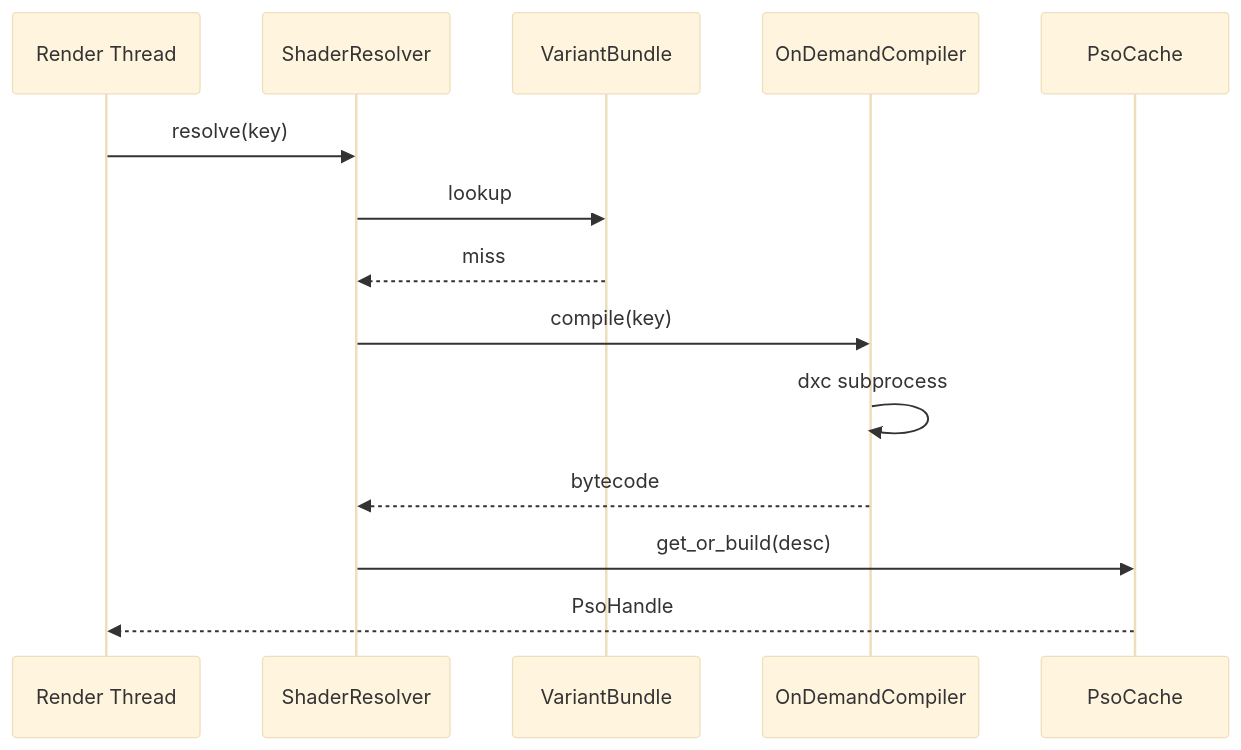
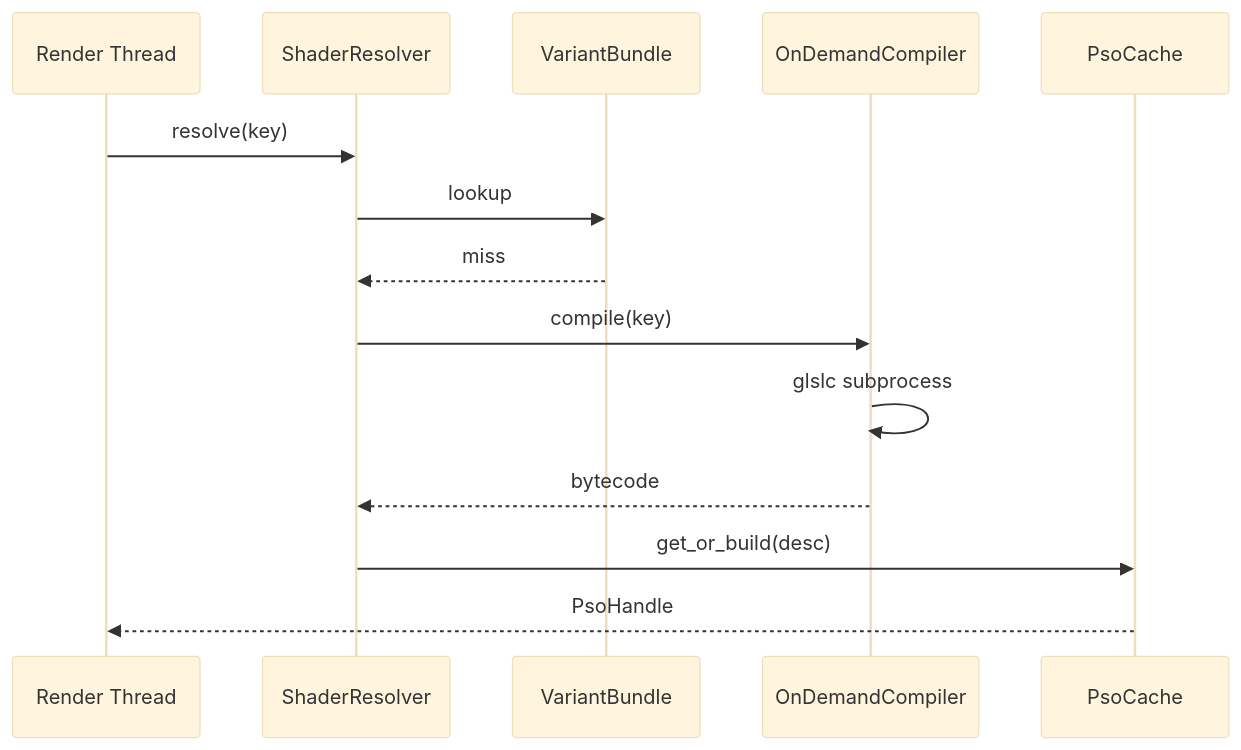
Before and after one commit to harmonius-dev/harmonius: the third of 3 diagrams in docs/design/rendering/shader-variants.md, drawn with Mermaid (base theme). The commit also changed other lines of this file and 128 other files, not shown here.

````diff
--- a/docs/design/rendering/shader-variants.md
+++ b/docs/design/rendering/shader-variants.md
@@ -263,16 +263,16 @@
 ```mermaid
 sequenceDiagram
     participant RT as Render Thread
     participant SR as ShaderResolver
     participant VB as VariantBundle
     participant ODC as OnDemandCompiler
     participant PC as PsoCache
     RT->>SR: resolve(key)
     SR->>VB: lookup
     VB-->>SR: miss
     SR->>ODC: compile(key)
-    ODC->>ODC: dxc subprocess
+    ODC->>ODC: glslc subprocess
     ODC-->>SR: bytecode
     SR->>PC: get_or_build(desc)
     PC-->>RT: PsoHandle
 ```
````
